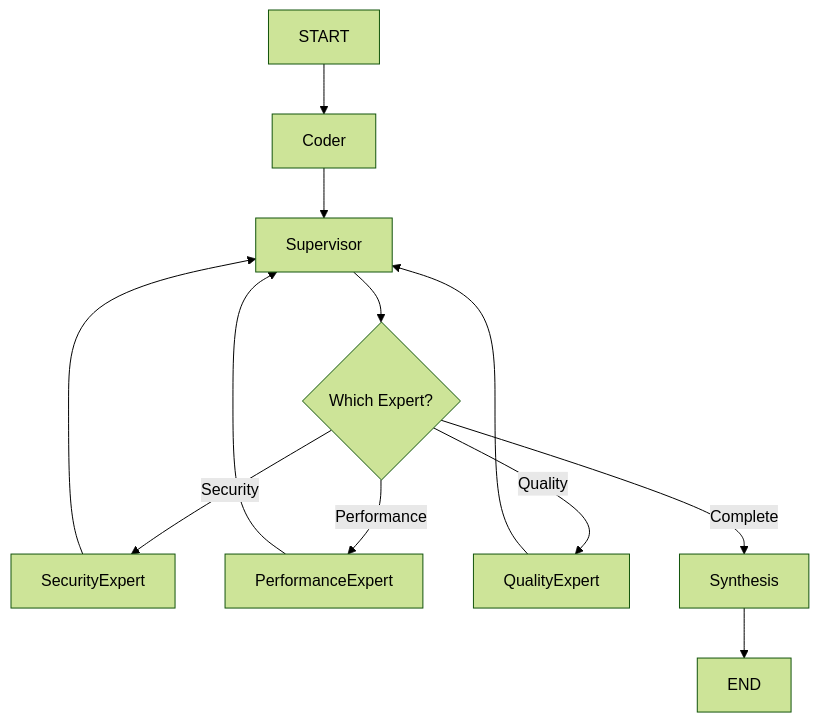
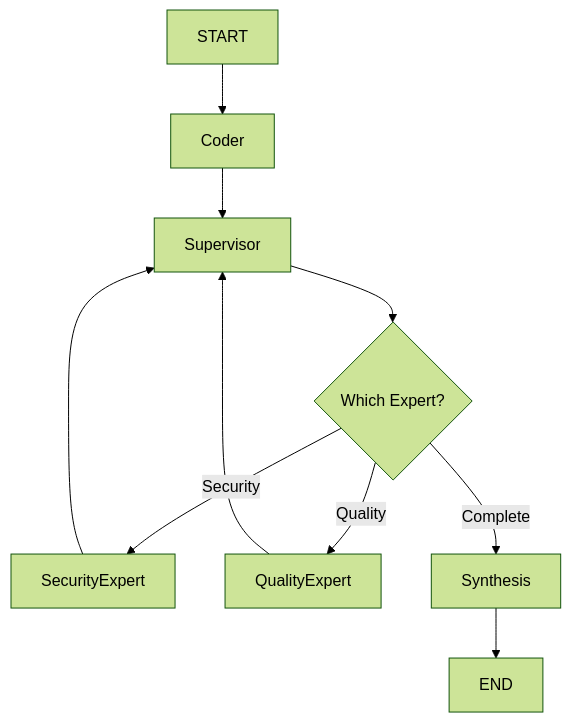
Before and after one commit to rulala/fac-ws_ai_multi-agent: the fifth of 12 diagrams in PATTERNS.md, drawn with Mermaid (forest theme). The commit also changed other lines of this file, not shown here.

````diff
--- a/PATTERNS.md
+++ b/PATTERNS.md
@@ -72,17 +143,15 @@
 ```mermaid
 graph TD
-   START --> Coder
-   Coder --> Supervisor
-   Supervisor --> Decision{Which Expert?}
+    START --> Coder
+    Coder --> Supervisor
+    Supervisor --> Decision{Which Expert?}
 
-   Decision -->|Security| SE[SecurityExpert]
-   Decision -->|Performance| PE[PerformanceExpert]
-   Decision -->|Quality| QE[QualityExpert]
-   Decision -->|Complete| Synthesis
+    Decision -->|Security| SecurityExpert
+    Decision -->|Quality| QualityExpert
+    Decision -->|Complete| Synthesis
 
-   SE --> Supervisor
-   PE --> Supervisor
-   QE --> Supervisor
+    SecurityExpert --> Supervisor
+    QualityExpert --> Supervisor
 
-   Synthesis --> END
+    Synthesis --> END
 ```
````
